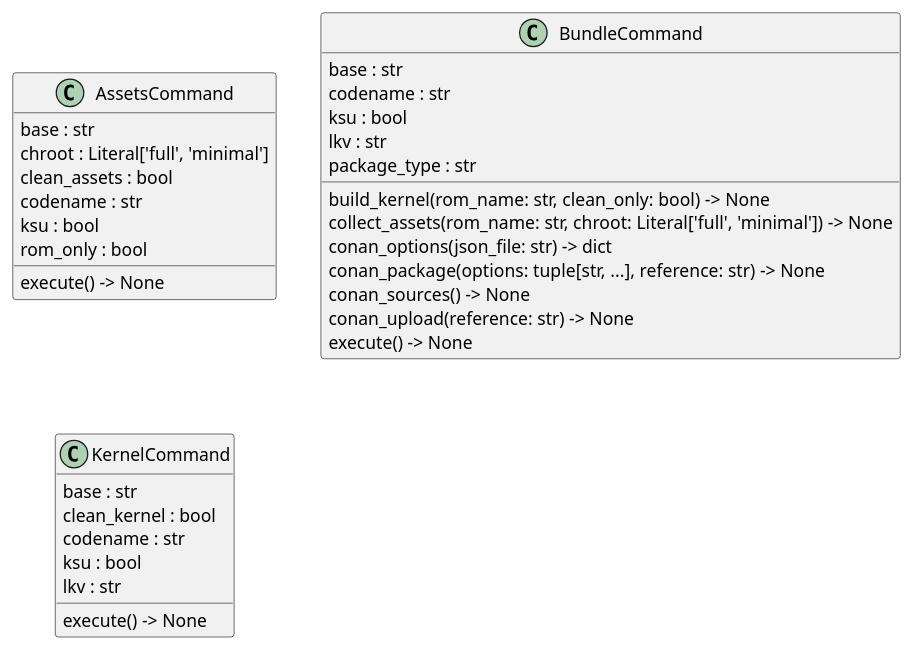
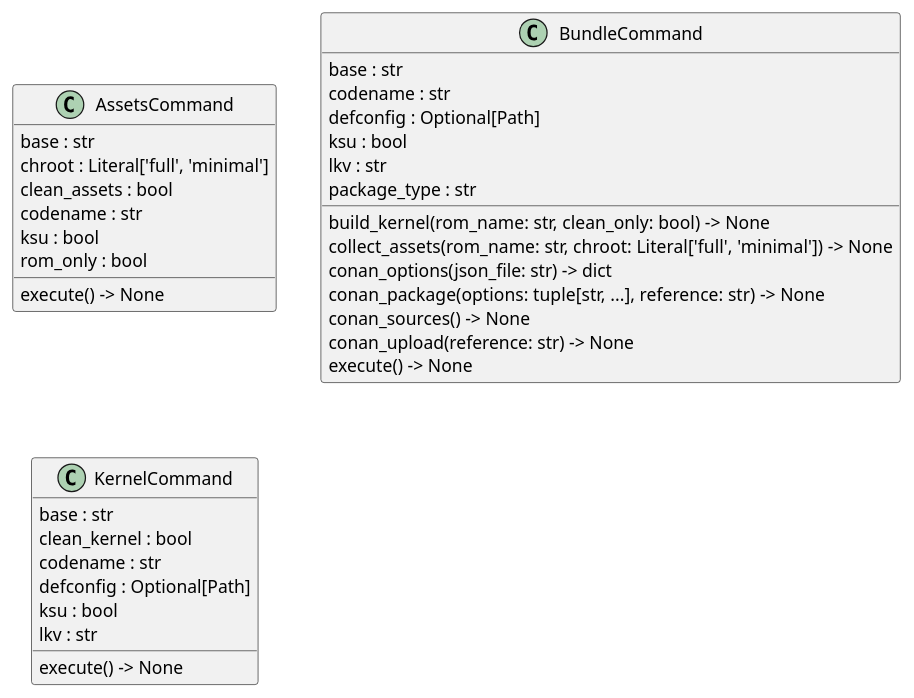
The diagram in docs/architecture/commands/classes.puml (seppzer0/zero_kernel), drawn with PlantUML before and after one commit. The commit also changed 45 other files, not shown here.

```diff
--- a/docs/architecture/commands/classes.puml
+++ b/docs/architecture/commands/classes.puml
@@ -1,34 +1,36 @@
 @startuml classes
 set namespaceSeparator none
 class "AssetsCommand" as commands.assets.AssetsCommand {
   base : str
   chroot : Literal['full', 'minimal']
   clean_assets : bool
   codename : str
   ksu : bool
   rom_only : bool
   execute() -> None
 }
 class "BundleCommand" as commands.bundle.BundleCommand {
   base : str
   codename : str
+  defconfig : Optional[Path]
   ksu : bool
   lkv : str
   package_type : str
   build_kernel(rom_name: str, clean_only: bool) -> None
   collect_assets(rom_name: str, chroot: Literal['full', 'minimal']) -> None
   conan_options(json_file: str) -> dict
   conan_package(options: tuple[str, ...], reference: str) -> None
   conan_sources() -> None
   conan_upload(reference: str) -> None
   execute() -> None
 }
 class "KernelCommand" as commands.kernel.KernelCommand {
   base : str
   clean_kernel : bool
   codename : str
+  defconfig : Optional[Path]
   ksu : bool
   lkv : str
   execute() -> None
 }
 @enduml
```
